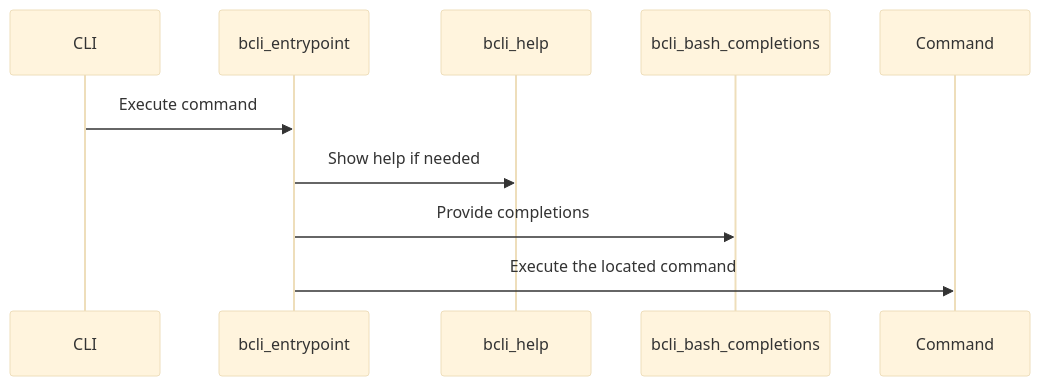
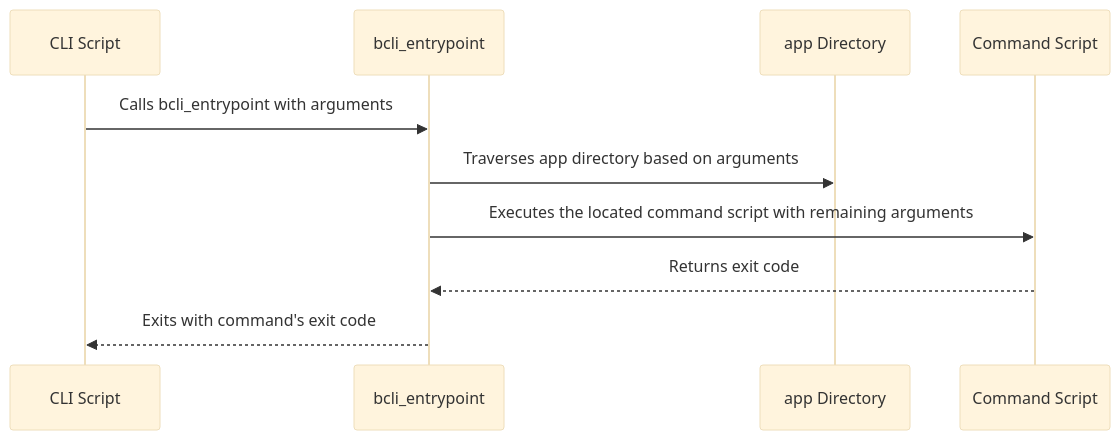
The diagram in docs/07_core_function_library_.md (aireilly/bash-cli-docs-test), drawn with Mermaid (base theme) before and after one commit. The commit also changed other lines of this file and 6 other files, not shown here.

````diff
--- a/docs/07_core_function_library_.md
+++ b/docs/07_core_function_library_.md
@@ -65,13 +60,12 @@
 ```mermaid
 sequenceDiagram
-    participant CLI
+    participant CLI Script
     participant bcli_entrypoint
-    participant bcli_help
-    participant bcli_bash_completions
-    participant Command
-
-    CLI->>bcli_entrypoint: Execute command
-    bcli_entrypoint->>bcli_help: Show help if needed
-    bcli_entrypoint->>bcli_bash_completions: Provide completions
-    bcli_entrypoint->>Command: Execute the located command
+    participant app Directory
+    participant Command Script
+    CLI Script->>bcli_entrypoint: Calls bcli_entrypoint with arguments
+    bcli_entrypoint->>app Directory: Traverses app directory based on arguments
+    bcli_entrypoint->>Command Script: Executes the located command script with remaining arguments
+    Command Script-->>bcli_entrypoint: Returns exit code
+    bcli_entrypoint-->>CLI Script: Exits with command's exit code
 ```
````
